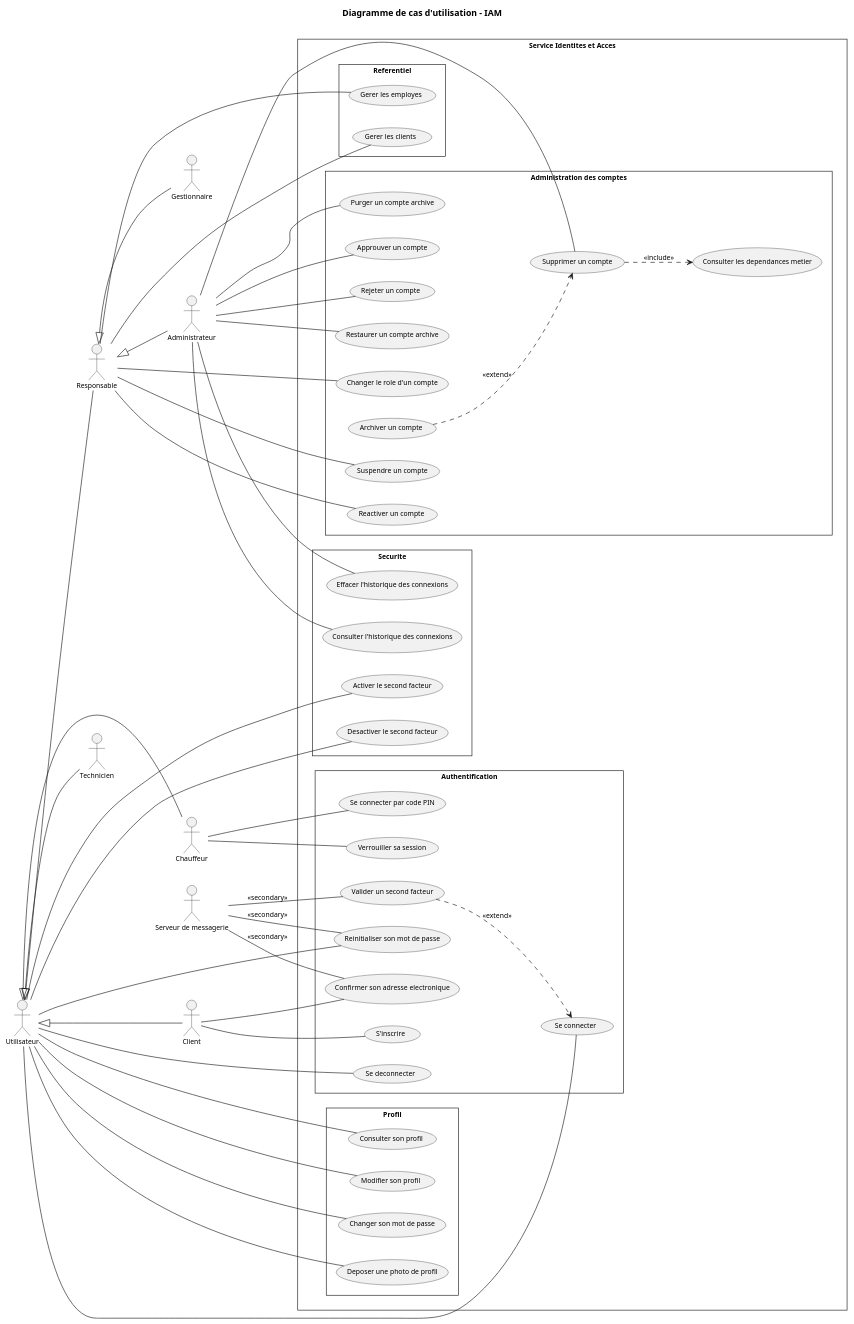
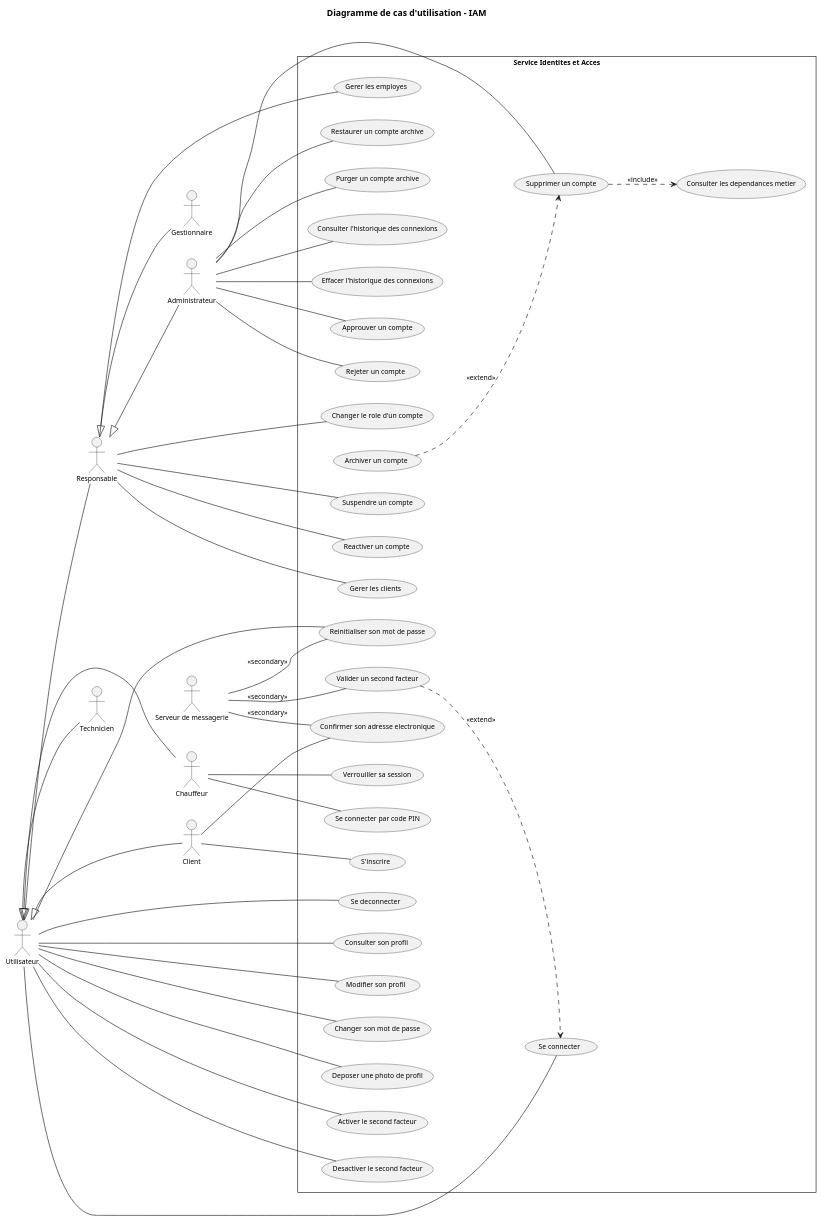
Before and after one commit to saber-barhoumi/Xpark-gmao: the diagram in docs/diagrams/microservices/IAM/IAM-usecase.puml, drawn with PlantUML. The commit also changed 37 other files, not shown here.

```diff
--- a/docs/diagrams/microservices/IAM/IAM-usecase.puml
+++ b/docs/diagrams/microservices/IAM/IAM-usecase.puml
@@ -1,107 +1,97 @@
 @startuml
 skinparam style strictuml
 skinparam packageStyle rectangle
 skinparam shadowing false
 skinparam defaultFontName Verdana
 skinparam defaultFontSize 11
 skinparam backgroundColor #FFFFFF
 left to right direction
 
 title Diagramme de cas d'utilisation - IAM
 
 ' Acteurs principaux (a gauche)
 actor "Utilisateur" as Utilisateur
 actor "Responsable" as Responsable
 actor "Administrateur" as Administrateur
 actor "Gestionnaire" as Gestionnaire
 actor "Chauffeur" as Chauffeur
 actor "Technicien" as Technicien
 actor "Client" as Client
 
 Utilisateur <|-- Responsable
 Responsable <|-- Administrateur
 Responsable <|-- Gestionnaire
 Utilisateur <|-- Chauffeur
 Utilisateur <|-- Technicien
 Utilisateur <|-- Client
 
 rectangle "Service Identites et Acces" {
-  package "Authentification" {
-    usecase "Se connecter" as UC_Se_connecter
-    usecase "Se deconnecter" as UC_Se_deconnecter
-    usecase "S'inscrire" as UC_S_inscrire
-    usecase "Valider un second facteur" as UC_Valider_un_second_facteur
-    usecase "Reinitialiser son mot de passe" as UC_Reinitialiser_son_mot_de_passe
-    usecase "Confirmer son adresse electronique" as UC_Confirmer_son_adresse_electronique
-    usecase "Se connecter par code PIN" as UC_Se_connecter_par_code_PIN
-    usecase "Verrouiller sa session" as UC_Verrouiller_sa_session
-  }
-  package "Profil" {
-    usecase "Consulter son profil" as UC_Consulter_son_profil
-    usecase "Modifier son profil" as UC_Modifier_son_profil
-    usecase "Changer son mot de passe" as UC_Changer_son_mot_de_passe
-    usecase "Deposer une photo de profil" as UC_Deposer_une_photo_de_profil
-  }
-  package "Administration des comptes" {
-    usecase "Approuver un compte" as UC_Approuver_un_compte
-    usecase "Rejeter un compte" as UC_Rejeter_un_compte
-    usecase "Changer le role d'un compte" as UC_Changer_le_role_d_un_compte
-    usecase "Suspendre un compte" as UC_Suspendre_un_compte
-    usecase "Reactiver un compte" as UC_Reactiver_un_compte
-    usecase "Supprimer un compte" as UC_Supprimer_un_compte
-    usecase "Consulter les dependances metier" as UC_Consulter_les_dependances_metier
-    usecase "Archiver un compte" as UC_Archiver_un_compte
-    usecase "Restaurer un compte archive" as UC_Restaurer_un_compte_archive
-    usecase "Purger un compte archive" as UC_Purger_un_compte_archive
-  }
-  package "Securite" {
-    usecase "Activer le second facteur" as UC_Activer_le_second_facteur
-    usecase "Desactiver le second facteur" as UC_Desactiver_le_second_facteur
-    usecase "Consulter l'historique des connexions" as UC_Consulter_l_historique_des_connexi
-    usecase "Effacer l'historique des connexions" as UC_Effacer_l_historique_des_connexion
-  }
-  package "Referentiel" {
-    usecase "Gerer les clients" as UC_Gerer_les_clients
-    usecase "Gerer les employes" as UC_Gerer_les_employes
-  }
+  usecase "Se connecter" as UC_Se_connecter
+  usecase "Se deconnecter" as UC_Se_deconnecter
+  usecase "S'inscrire" as UC_S_inscrire
+  usecase "Valider un second facteur" as UC_Valider_un_second_facteur
+  usecase "Reinitialiser son mot de passe" as UC_Reinitialiser_son_mot_de_passe
+  usecase "Confirmer son adresse electronique" as UC_Confirmer_son_adresse_electronique
+  usecase "Se connecter par code PIN" as UC_Se_connecter_par_code_PIN
+  usecase "Verrouiller sa session" as UC_Verrouiller_sa_session
+  usecase "Consulter son profil" as UC_Consulter_son_profil
+  usecase "Modifier son profil" as UC_Modifier_son_profil
+  usecase "Changer son mot de passe" as UC_Changer_son_mot_de_passe
+  usecase "Deposer une photo de profil" as UC_Deposer_une_photo_de_profil
+  usecase "Approuver un compte" as UC_Approuver_un_compte
+  usecase "Rejeter un compte" as UC_Rejeter_un_compte
+  usecase "Changer le role d'un compte" as UC_Changer_le_role_d_un_compte
+  usecase "Suspendre un compte" as UC_Suspendre_un_compte
+  usecase "Reactiver un compte" as UC_Reactiver_un_compte
+  usecase "Supprimer un compte" as UC_Supprimer_un_compte
+  usecase "Consulter les dependances metier" as UC_Consulter_les_dependances_metier
+  usecase "Archiver un compte" as UC_Archiver_un_compte
+  usecase "Restaurer un compte archive" as UC_Restaurer_un_compte_archive
+  usecase "Purger un compte archive" as UC_Purger_un_compte_archive
+  usecase "Activer le second facteur" as UC_Activer_le_second_facteur
+  usecase "Desactiver le second facteur" as UC_Desactiver_le_second_facteur
+  usecase "Consulter l'historique des connexions" as UC_Consulter_l_historique_des_connexi
+  usecase "Effacer l'historique des connexions" as UC_Effacer_l_historique_des_connexion
+  usecase "Gerer les clients" as UC_Gerer_les_clients
+  usecase "Gerer les employes" as UC_Gerer_les_employes
 }
 
 ' Acteurs secondaires (a droite, hors frontiere)
 actor "Serveur de messagerie" as SMTP
 
 ' Associations : trait continu sans fleche (UML : relation d'association)
 Utilisateur -- UC_Activer_le_second_facteur
 Utilisateur -- UC_Changer_son_mot_de_passe
 Utilisateur -- UC_Consulter_son_profil
 Utilisateur -- UC_Deposer_une_photo_de_profil
 Utilisateur -- UC_Desactiver_le_second_facteur
 Utilisateur -- UC_Modifier_son_profil
 Utilisateur -- UC_Reinitialiser_son_mot_de_passe
 Utilisateur -- UC_Se_connecter
 Utilisateur -- UC_Se_deconnecter
 Responsable -- UC_Changer_le_role_d_un_compte
 Responsable -- UC_Gerer_les_clients
 Responsable -- UC_Gerer_les_employes
 Responsable -- UC_Reactiver_un_compte
 Responsable -- UC_Suspendre_un_compte
 Administrateur -- UC_Approuver_un_compte
 Administrateur -- UC_Consulter_l_historique_des_connexi
 Administrateur -- UC_Effacer_l_historique_des_connexion
 Administrateur -- UC_Purger_un_compte_archive
 Administrateur -- UC_Rejeter_un_compte
 Administrateur -- UC_Restaurer_un_compte_archive
 Administrateur -- UC_Supprimer_un_compte
 Chauffeur -- UC_Se_connecter_par_code_PIN
 Chauffeur -- UC_Verrouiller_sa_session
 Client -- UC_Confirmer_son_adresse_electronique
 Client -- UC_S_inscrire
 
 SMTP -- UC_Valider_un_second_facteur : << secondary >>
 SMTP -- UC_Confirmer_son_adresse_electronique : << secondary >>
 SMTP -- UC_Reinitialiser_son_mot_de_passe : << secondary >>
 
 UC_Supprimer_un_compte ..> UC_Consulter_les_dependances_metier : << include >>
 UC_Valider_un_second_facteur ..> UC_Se_connecter : << extend >>
 UC_Archiver_un_compte ..> UC_Supprimer_un_compte : << extend >>
 
 @enduml
```
